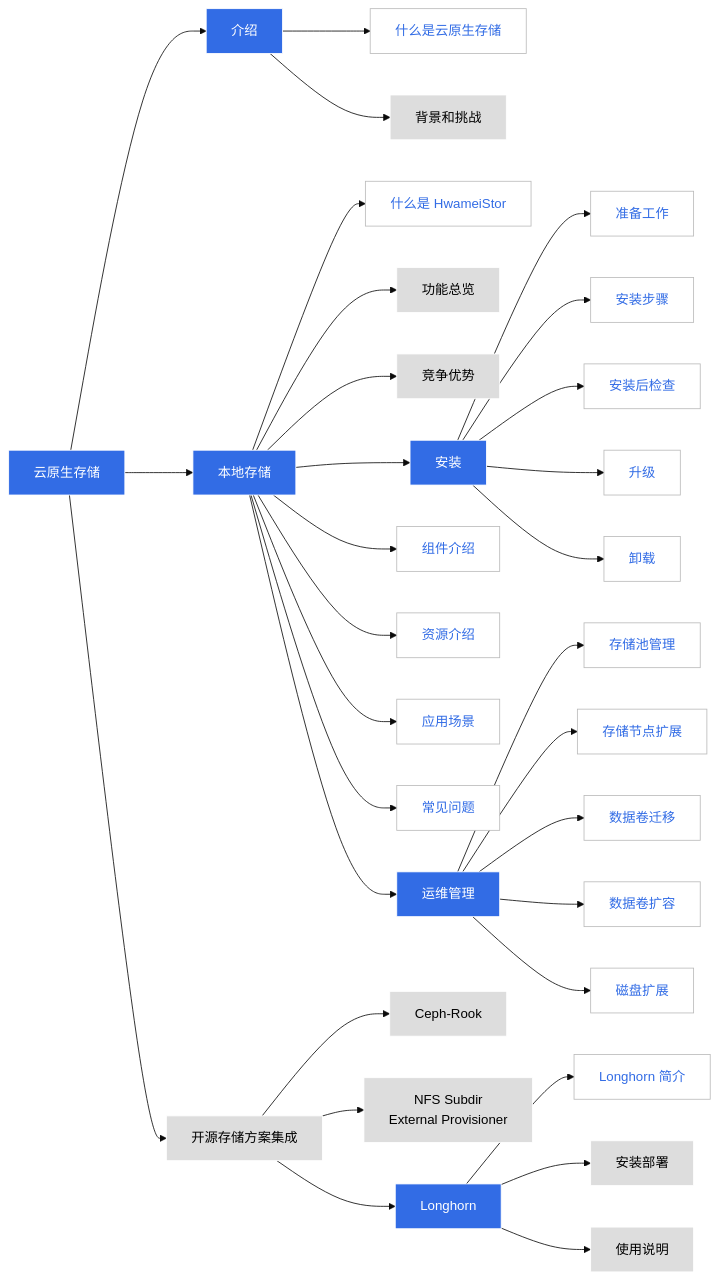
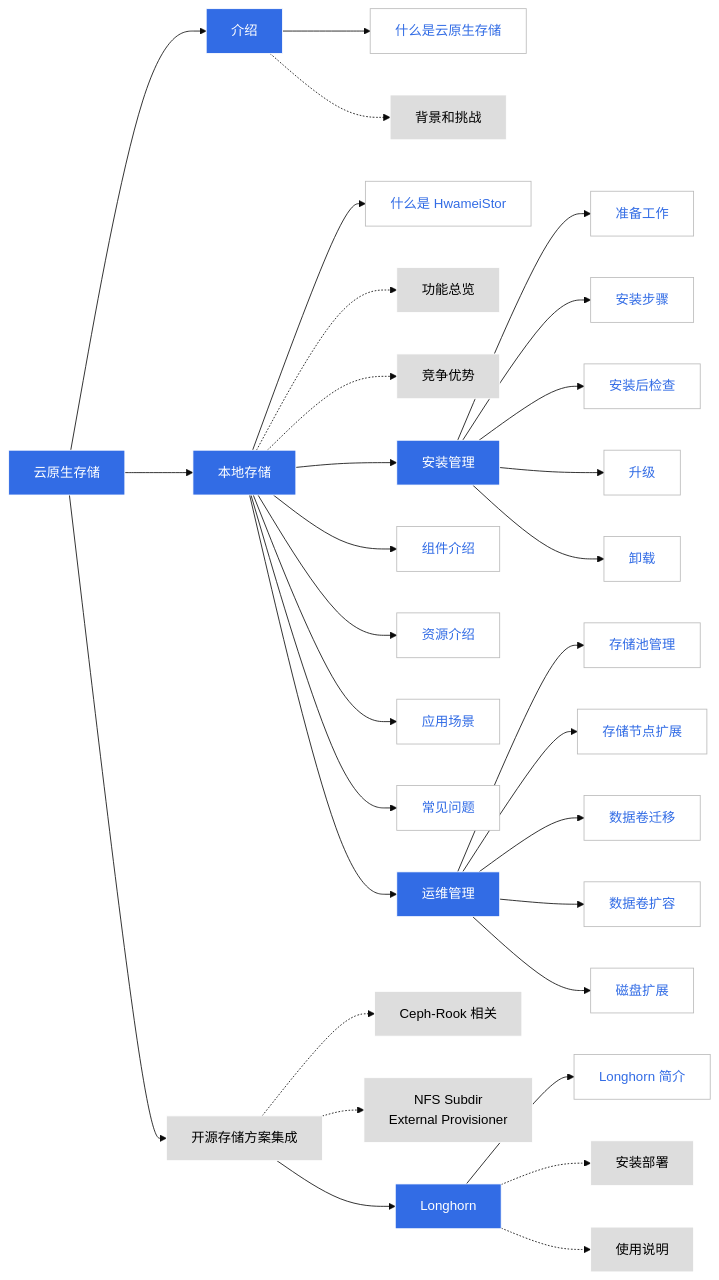
The diagram in docs/zh/docs/storage/intro.md (DaoCloud/DaoCloud-docs), drawn with Mermaid (base theme) before and after one commit. The commit also changed 1 other file, not shown here.

Commit message:
update createpool of spiderpool

````diff
--- a/docs/zh/docs/storage/intro.md
+++ b/docs/zh/docs/storage/intro.md
@@ -18,60 +18,60 @@
 ```mermaid
 graph LR
 
 stor[云原生存储] --> intro[介绍]
     intro --> what1[什么是云原生存储]
-    intro --> back[背景和挑战]
+    intro -.-> back[背景和挑战]
 stor --> hwa[本地存储]
     hwa --> what2[什么是 HwameiStor]
-    hwa --> feature[功能总览]
-    hwa --> benefit[竞争优势]
-    hwa --> install[安装]
+    hwa -.-> feature[功能总览]
+    hwa -.-> benefit[竞争优势]
+    hwa --> install[安装管理]
         install --> prepare[准备工作]
         install --> step[安装步骤]
         install --> check[安装后检查]
         install --> upgrade[升级]
         install --> uninstall[卸载]
     hwa --> parts[组件介绍]
     hwa --> resources[资源介绍]
     hwa --> sce[应用场景]
     hwa --> faq[常见问题]
     hwa --> om[运维管理]
         om --> pool[存储池管理]
         om --> node[存储节点扩展]
         om --> migrate[数据卷迁移]
         om --> scale[数据卷扩容]
         om --> disk[磁盘扩展]
 stor --> open[开源存储方案集成]
-    open --> ceph[Ceph-Rook]
-    open --> nfs[NFS Subdir<br>External Provisioner]
+    open -.-> ceph[Ceph-Rook 相关]
+    open -.-> nfs[NFS Subdir<br>External Provisioner]
     open --> long[Longhorn]
         long --> intro1[Longhorn 简介]
-        long --> ins[安装部署]
-        long --> use[使用说明]
+        long -.-> ins[安装部署]
+        long -.-> use[使用说明]
 
 classDef plain fill:#ddd,stroke:#fff,stroke-width:1px,color:#000;
 classDef k8s fill:#326ce5,stroke:#fff,stroke-width:1px,color:#fff;
 classDef cluster fill:#fff,stroke:#bbb,stroke-width:1px,color:#326ce5;
 
 class back,open,ceph,nfs,ins,use,feature,benefit plain;
 class what1,what2,prepare,step,check,upgrade,uninstall,parts,resources,sce,faq,pool,node,migrate,scale,disk,intro1 cluster
 class stor,intro,hwa,install,om,long k8s
 
 click what1 "https://docs.daocloud.io/storage/intro/"
 click what2 "https://docs.daocloud.io/storage/hwameistor/intro/what/"
 click prepare "https://docs.daocloud.io/storage/hwameistor/install/prereq/"
 click step "https://docs.daocloud.io/storage/hwameistor/install/deploy/"
 click check "https://docs.daocloud.io/storage/hwameistor/install/post-check/"
 click upgrade "https://docs.daocloud.io/storage/hwameistor/install/upgrade/"
 click uninstall "https://docs.daocloud.io/storage/hwameistor/install/uninstall/"
 click parts "https://docs.daocloud.io/storage/hwameistor/intro/ldm/"
 click resources "https://docs.daocloud.io/storage/hwameistor/intro/resources/"
 click sce "https://docs.daocloud.io/storage/hwameistor/application/overview/"
 click faq "https://docs.daocloud.io/storage/hwameistor/faqs/"
 click pool "https://docs.daocloud.io/storage/hwameistor/resources/storagepool/"
 click node "https://docs.daocloud.io/storage/hwameistor/resources/node-expansion/"
 click migrate "https://docs.daocloud.io/storage/hwameistor/resources/migrate/"
 click scale "https://docs.daocloud.io/storage/hwameistor/resources/expand/"
 click disk "https://docs.daocloud.io/storage/hwameistor/resources/disk-expansion/"
 click intro1 "https://docs.daocloud.io/storage/longhorn/"
 ```
````
